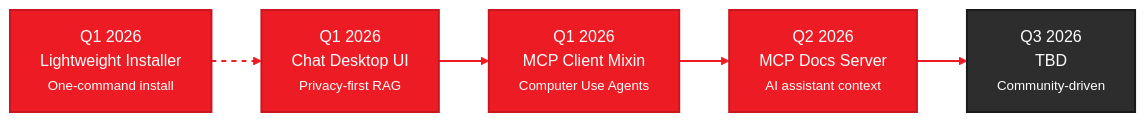
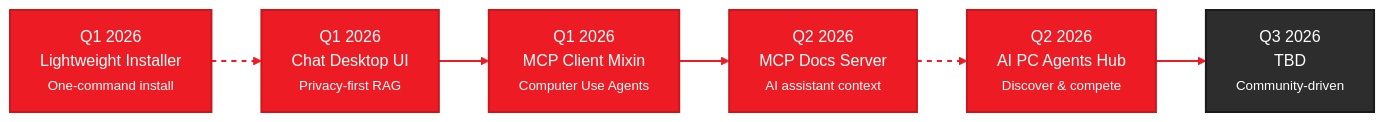
Before and after one commit to amd/gaia: the diagram in docs/roadmap.mdx, drawn with Mermaid. The commit also changed other lines of this file and 1 other file, not shown here.

Commit message:
add CUA to agent hub roadmap

````diff
--- a/docs/roadmap.mdx
+++ b/docs/roadmap.mdx
@@ -28,25 +28,29 @@
 ```mermaid
 %%{init: {'theme':'base', 'themeVariables': { 'primaryColor':'#ED1C24', 'primaryTextColor':'#fff', 'primaryBorderColor':'#C8171E', 'lineColor':'#F4484D', 'secondaryColor':'#2d2d2d', 'tertiaryColor':'#f5f5f5', 'fontSize':'16px', 'fontFamily': 'system-ui, -apple-system, sans-serif'}}}%%
 graph LR
     Q1["Q1 2026<br/>Lightweight Installer<br/><small>One-command install</small>"]
     Q1B["Q1 2026<br/>Chat Desktop UI<br/><small>Privacy-first RAG</small>"]
     Q1C["Q1 2026<br/>MCP Client Mixin<br/><small>Computer Use Agents</small>"]
     Q2["Q2 2026<br/>MCP Docs Server<br/><small>AI assistant context</small>"]
+    Q2B["Q2 2026<br/>AI PC Agents Hub<br/><small>Discover & compete</small>"]
     Q3["Q3 2026<br/>TBD<br/><small>Community-driven</small>"]
 
     Q1 -.-> Q1B
     Q1B --> Q1C
     Q1C --> Q2
-    Q2 --> Q3
+    Q2 -.-> Q2B
+    Q2B --> Q3
 
     style Q1 fill:#ED1C24,stroke:#C8171E,stroke-width:2px,color:#fff
     style Q1B fill:#ED1C24,stroke:#C8171E,stroke-width:2px,color:#fff
     style Q1C fill:#ED1C24,stroke:#C8171E,stroke-width:2px,color:#fff
     style Q2 fill:#ED1C24,stroke:#C8171E,stroke-width:2px,color:#fff
+    style Q2B fill:#ED1C24,stroke:#C8171E,stroke-width:2px,color:#fff
     style Q3 fill:#2d2d2d,stroke:#1a1a1a,stroke-width:2px,color:#fff
 
     linkStyle 0 stroke:#ED1C24,stroke-width:2px,stroke-dasharray: 5 5
     linkStyle 1 stroke:#ED1C24,stroke-width:2px
     linkStyle 2 stroke:#ED1C24,stroke-width:2px
-    linkStyle 3 stroke:#ED1C24,stroke-width:2px
+    linkStyle 3 stroke:#ED1C24,stroke-width:2px,stroke-dasharray: 5 5
+    linkStyle 4 stroke:#ED1C24,stroke-width:2px
 ```
````
